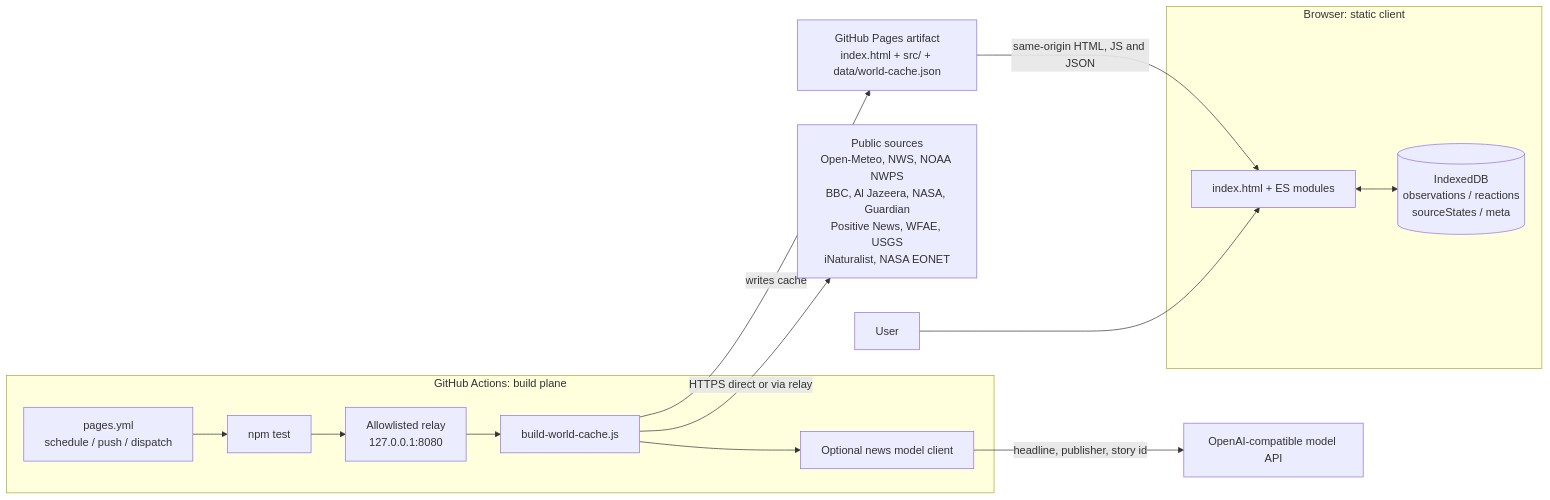
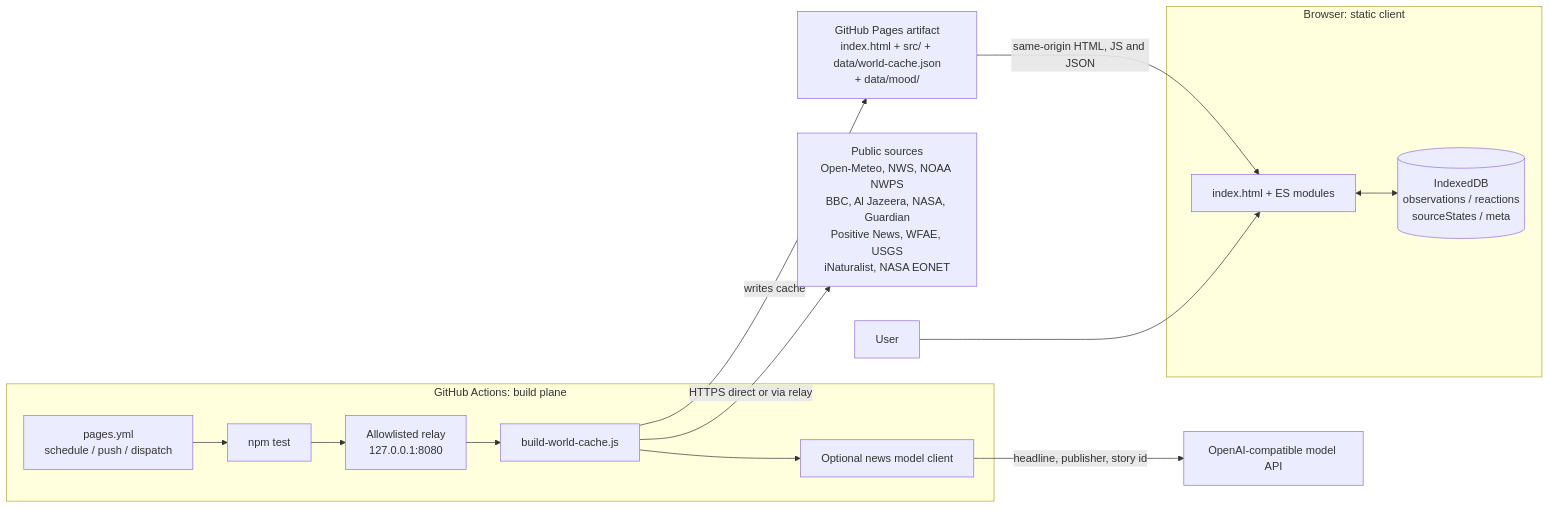
The diagram in docs/diagrams/system-context.mmd (slayyyyer/murmur), drawn with Mermaid before and after one commit. The commit also changed 13 other files, not shown here.

First line of the commit message:
Add hourly mood history and chart

```diff
--- a/docs/diagrams/system-context.mmd
+++ b/docs/diagrams/system-context.mmd
@@ -1,27 +1,27 @@
 flowchart LR
   subgraph Browser["Browser: static client"]
     UI["index.html + ES modules"]
     IDB[("IndexedDB<br/>observations / reactions<br/>sourceStates / meta")]
     UI <--> IDB
   end
 
   subgraph Actions["GitHub Actions: build plane"]
     WF["pages.yml<br/>schedule / push / dispatch"]
     TEST["npm test"]
     RELAY["Allowlisted relay<br/>127.0.0.1:8080"]
     BUILD["build-world-cache.js"]
     MODEL["Optional news model client"]
     WF --> TEST --> RELAY --> BUILD
     BUILD --> MODEL
   end
 
   SOURCES["Public sources<br/>Open-Meteo, NWS, NOAA NWPS<br/>BBC, Al Jazeera, NASA, Guardian<br/>Positive News, WFAE, USGS<br/>iNaturalist, NASA EONET"]
   API["OpenAI-compatible model API"]
-  ARTIFACT["GitHub Pages artifact<br/>index.html + src/ + data/world-cache.json"]
+  ARTIFACT["GitHub Pages artifact<br/>index.html + src/ + data/world-cache.json<br/>+ data/mood/"]
   USER["User"]
 
   BUILD -->|"HTTPS direct or via relay"| SOURCES
   MODEL -->|"headline, publisher, story id"| API
   BUILD -->|"writes cache"| ARTIFACT
   ARTIFACT -->|"same-origin HTML, JS and JSON"| UI
   USER --> UI
```
